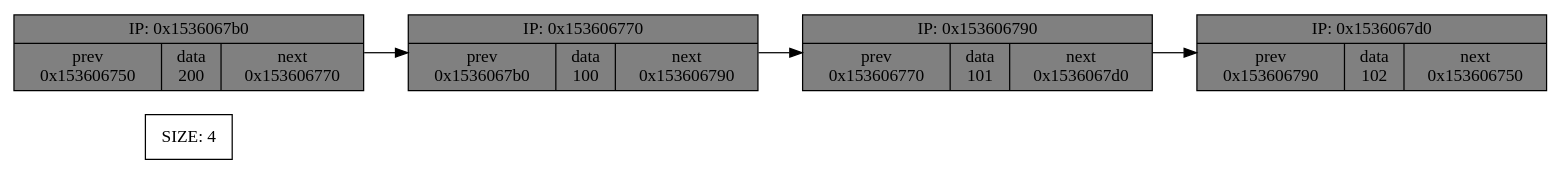
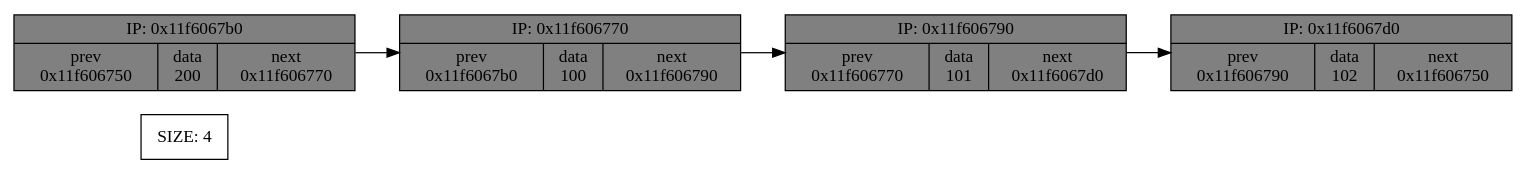
One commit to AlekseiSeverin03/list_pointer changed the diagram in dump.dot. Above: the diagram before and after it, drawn with Graphviz. The commit also changed 1 other file, not shown here.

```diff
--- a/dump.dot
+++ b/dump.dot
@@ -1,13 +1,13 @@
 digraph List
 {
 	rankdir = LR;
 	size [shape = record, label = "SIZE: 4", fillcolor = "green"];
 node [shape = record, style = filled];
-p0x1536067b0 [label = "IP: 0x1536067b0 | { prev\n 0x153606750 | data\n 200 | next\n0x153606770 } ", fillcolor = "grey"];
-p0x153606770 [label = "IP: 0x153606770 | { prev\n 0x1536067b0 | data\n 100 | next\n0x153606790 } ", fillcolor = "grey"];
-p0x153606790 [label = "IP: 0x153606790 | { prev\n 0x153606770 | data\n 101 | next\n0x1536067d0 } ", fillcolor = "grey"];
-p0x1536067d0 [label = "IP: 0x1536067d0 | { prev\n 0x153606790 | data\n 102 | next\n0x153606750 } ", fillcolor = "grey"];
-	p0x1536067b0->p0x153606770 [color = "black", frontcolor = "", label = ""];
-	p0x153606770->p0x153606790 [color = "black", frontcolor = "", label = ""];
-	p0x153606790->p0x1536067d0 [color = "black", frontcolor = "", label = ""];
+p0x11f6067b0 [label = "IP: 0x11f6067b0 | { prev\n 0x11f606750 | data\n 200 | next\n0x11f606770 } ", fillcolor = "grey"];
+p0x11f606770 [label = "IP: 0x11f606770 | { prev\n 0x11f6067b0 | data\n 100 | next\n0x11f606790 } ", fillcolor = "grey"];
+p0x11f606790 [label = "IP: 0x11f606790 | { prev\n 0x11f606770 | data\n 101 | next\n0x11f6067d0 } ", fillcolor = "grey"];
+p0x11f6067d0 [label = "IP: 0x11f6067d0 | { prev\n 0x11f606790 | data\n 102 | next\n0x11f606750 } ", fillcolor = "grey"];
+	p0x11f6067b0->p0x11f606770 [color = "black", frontcolor = "", label = ""];
+	p0x11f606770->p0x11f606790 [color = "black", frontcolor = "", label = ""];
+	p0x11f606790->p0x11f6067d0 [color = "black", frontcolor = "", label = ""];
 }
```
